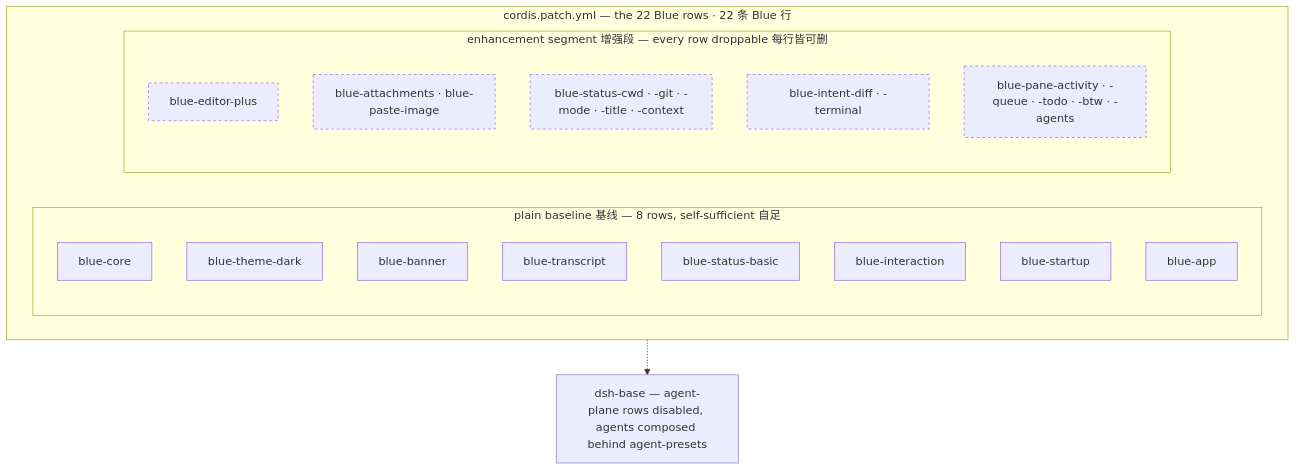
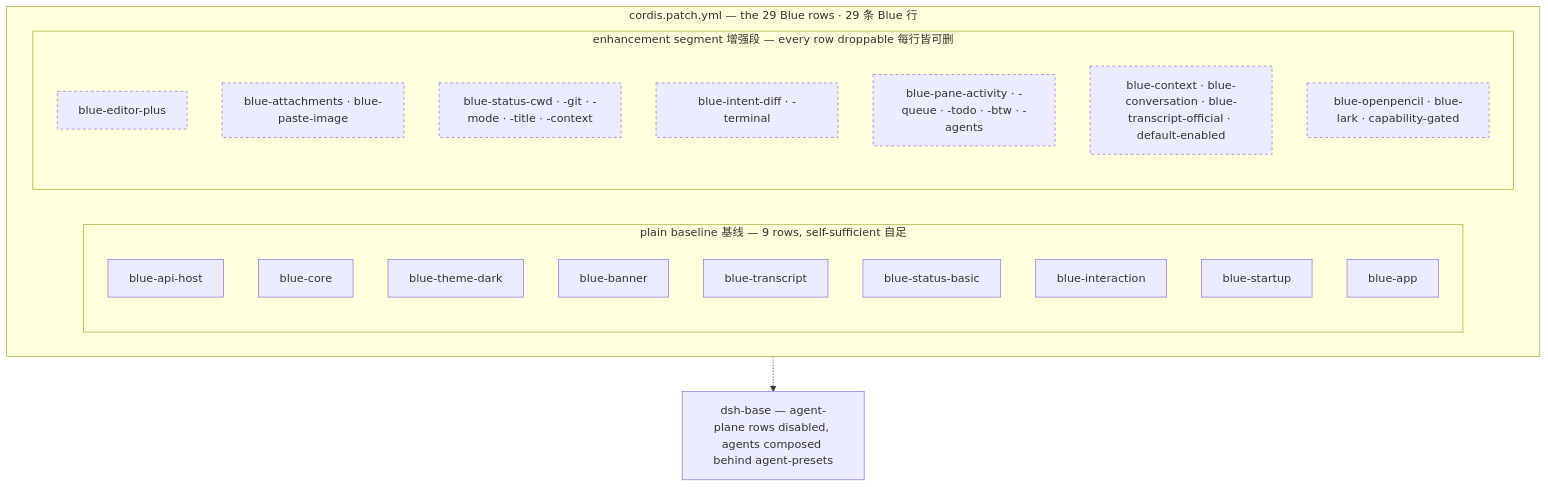
The diagram in docs/diagrams/blue-composition.mmd (dsh-blue/blue), drawn with Mermaid before and after one commit. The commit also changed 368 other files, not shown here.

```diff
--- a/docs/diagrams/blue-composition.mmd
+++ b/docs/diagrams/blue-composition.mmd
@@ -1,25 +1,28 @@
 flowchart TB
-    subgraph bundle["cordis.patch.yml — the 22 Blue rows · 22 条 Blue 行"]
-        subgraph baseline["plain baseline 基线 — 8 rows, self-sufficient 自足"]
+    subgraph bundle["cordis.patch.yml — the 29 Blue rows · 29 条 Blue 行"]
+        subgraph baseline["plain baseline 基线 — 9 rows, self-sufficient 自足"]
+            api["blue-api-host"]
             core["blue-core"]
             theme["blue-theme-dark"]
             banner["blue-banner"]
             transcript["blue-transcript"]
             sbasic["blue-status-basic"]
             interaction["blue-interaction"]
             startup["blue-startup"]
             bapp["blue-app"]
         end
         subgraph enhancement["enhancement segment 增强段 — every row droppable 每行皆可删"]
             editorPlus["blue-editor-plus"]
             att["blue-attachments · blue-paste-image"]
             statusEnh["blue-status-cwd · -git · -mode · -title · -context"]
             intents["blue-intent-diff · -terminal"]
             panes["blue-pane-activity · -queue · -todo · -btw · -agents"]
+            runtime["blue-context · blue-conversation · blue-transcript-official · default-enabled"]
+            adapters["blue-openpencil · blue-lark · capability-gated"]
         end
     end
     dshbase["dsh-base — agent-plane rows disabled, agents composed behind agent-presets"]
     bundle -.-> dshbase
 
     classDef optional stroke-dasharray: 4 4;
-    class editorPlus,att,statusEnh,intents,panes optional;
+    class editorPlus,att,statusEnh,intents,panes,runtime,adapters optional;
```
